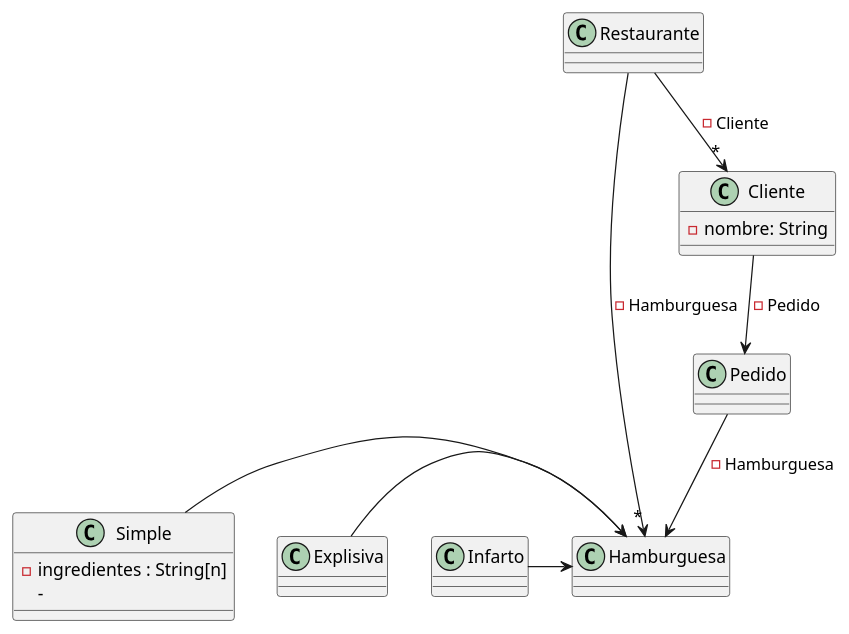
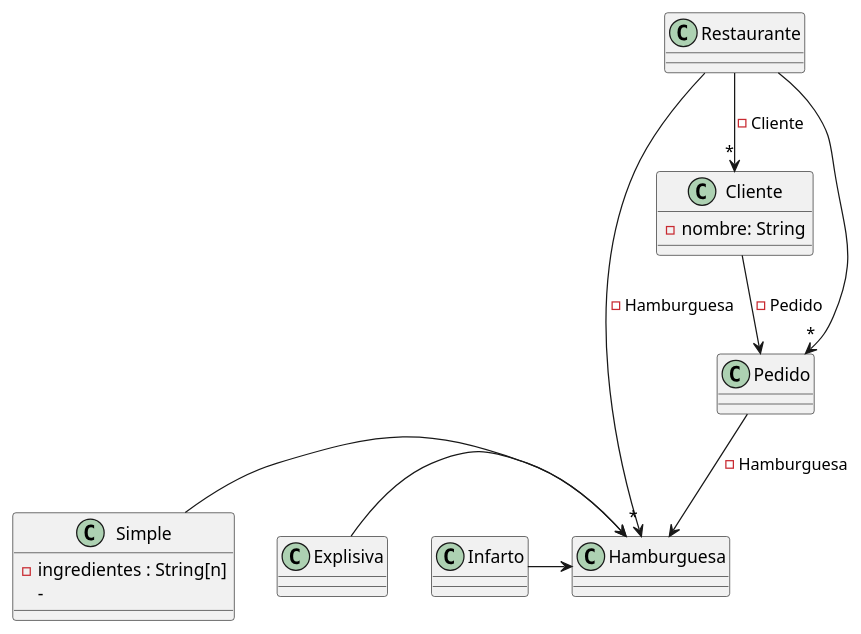
One commit to FernandoHuilca/EPN-FernandoHuilca changed the diagram in Segundo Semestre/Clases/Hamburgueza/src/Diagramas.puml. Above: the diagram before and after it, drawn with PlantUML. The commit also changed 15 other files, not shown here.

```diff
--- a/Segundo Semestre/Clases/Hamburgueza/src/Diagramas.puml
+++ b/Segundo Semestre/Clases/Hamburgueza/src/Diagramas.puml
@@ -1,22 +1,23 @@
 @startuml
 Class Restaurante{
 }
 Restaurante --> "*" Cliente : - Cliente
 class Cliente   {
  - nombre: String
 }
 Restaurante -> "*" Hamburguesa : - Hamburguesa
 class Hamburguesa{
 }
 Cliente --> Pedido: -Pedido
+Restaurante --> "*"Pedido
 class Pedido {
 }
 Pedido --> Hamburguesa: -Hamburguesa
 class Simple {
  - ingredientes : String[n]
  -
 }
 Simple -> Hamburguesa
 Explisiva -> Hamburguesa
 Infarto -> Hamburguesa
 @enduml
```
